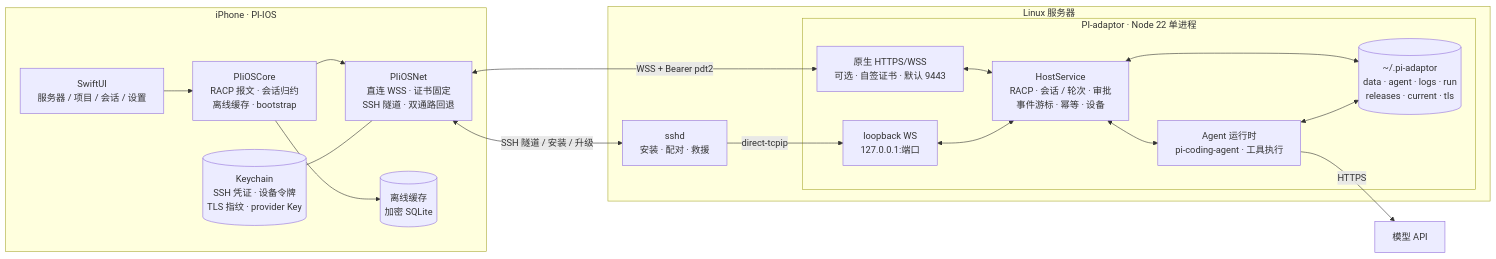
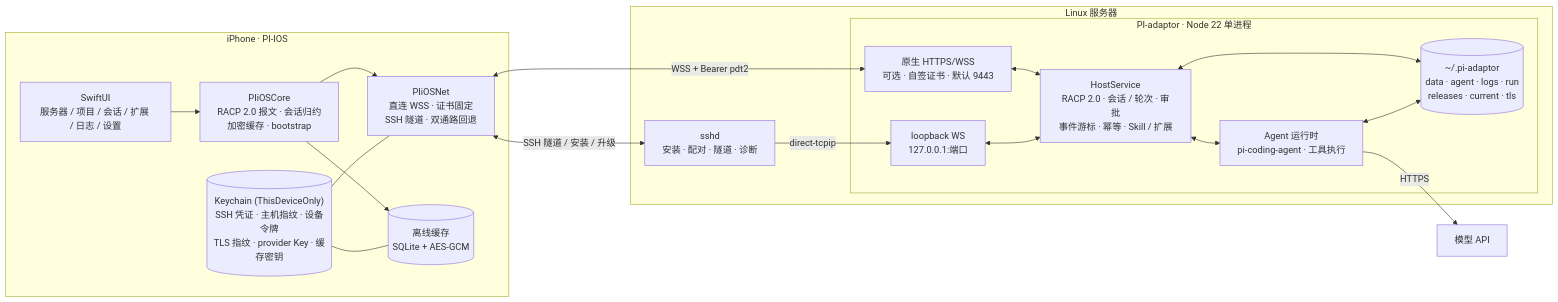
One commit to RuidongWang/PI-IOS changed the first of 2 diagrams in README.md. Above: the diagram before and after it, drawn with Mermaid. The commit also changed other lines of this file, not shown here.

Commit message:
docs: update iOS features, architecture and usage guide

````diff
--- a/README.md
+++ b/README.md
@@ -55,37 +64,38 @@
 ```mermaid
 flowchart LR
     subgraph Phone["iPhone · PI-IOS"]
-        UI["SwiftUI<br/>服务器 / 项目 / 会话 / 设置"]
-        Core["PIiOSCore<br/>RACP 报文 · 会话归约<br/>离线缓存 · bootstrap"]
+        UI["SwiftUI<br/>服务器 / 项目 / 会话 / 扩展 / 日志 / 设置"]
+        Core["PIiOSCore<br/>RACP 2.0 报文 · 会话归约<br/>加密缓存 · bootstrap"]
         Net["PIiOSNet<br/>直连 WSS · 证书固定<br/>SSH 隧道 · 双通路回退"]
-        Cache[("离线缓存<br/>加密 SQLite")]
-        Keychain[("Keychain<br/>SSH 凭证 · 设备令牌<br/>TLS 指纹 · provider Key")]
+        Cache[("离线缓存<br/>SQLite + AES-GCM")]
+        Keychain[("Keychain (ThisDeviceOnly)<br/>SSH 凭证 · 主机指纹 · 设备令牌<br/>TLS 指纹 · provider Key · 缓存密钥")]
     end
 
     subgraph Linux["Linux 服务器"]
-        SSHd["sshd<br/>安装 · 配对 · 救援"]
+        SSHd["sshd<br/>安装 · 配对 · 隧道 · 诊断"]
         subgraph Adaptor["PI-adaptor · Node 22 单进程"]
             Direct["原生 HTTPS/WSS<br/>可选 · 自签证书 · 默认 9443"]
             Loopback["loopback WS<br/>127.0.0.1:端口"]
-            Service["HostService<br/>RACP · 会话 / 轮次 · 审批<br/>事件游标 · 幂等 · 设备"]
+            Service["HostService<br/>RACP 2.0 · 会话 / 轮次 · 审批<br/>事件游标 · 幂等 · Skill / 扩展"]
             Agent["Agent 运行时<br/>pi-coding-agent · 工具执行"]
             Store[("~/.pi-adaptor<br/>data · agent · logs · run<br/>releases · current · tls")]
         end
     end
 
     Model["模型 API"]
 
     UI --> Core
     Core --> Cache
     Core --> Net
     Keychain --- Net
+    Keychain --- Cache
     Net <-->|"WSS + Bearer pdt2"| Direct
     Net <-->|"SSH 隧道 / 安装 / 升级"| SSHd
     SSHd -->|"direct-tcpip"| Loopback
     Direct <--> Service
     Loopback <--> Service
     Service <--> Agent
     Service <--> Store
     Agent <--> Store
     Agent -->|"HTTPS"| Model
 ```
````
